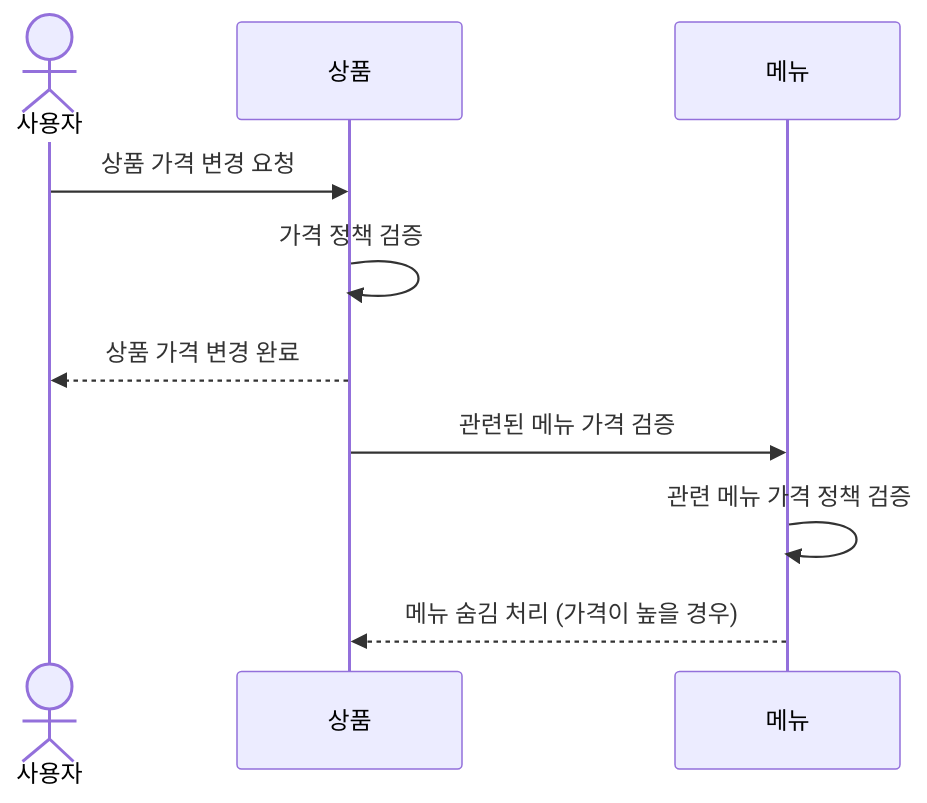
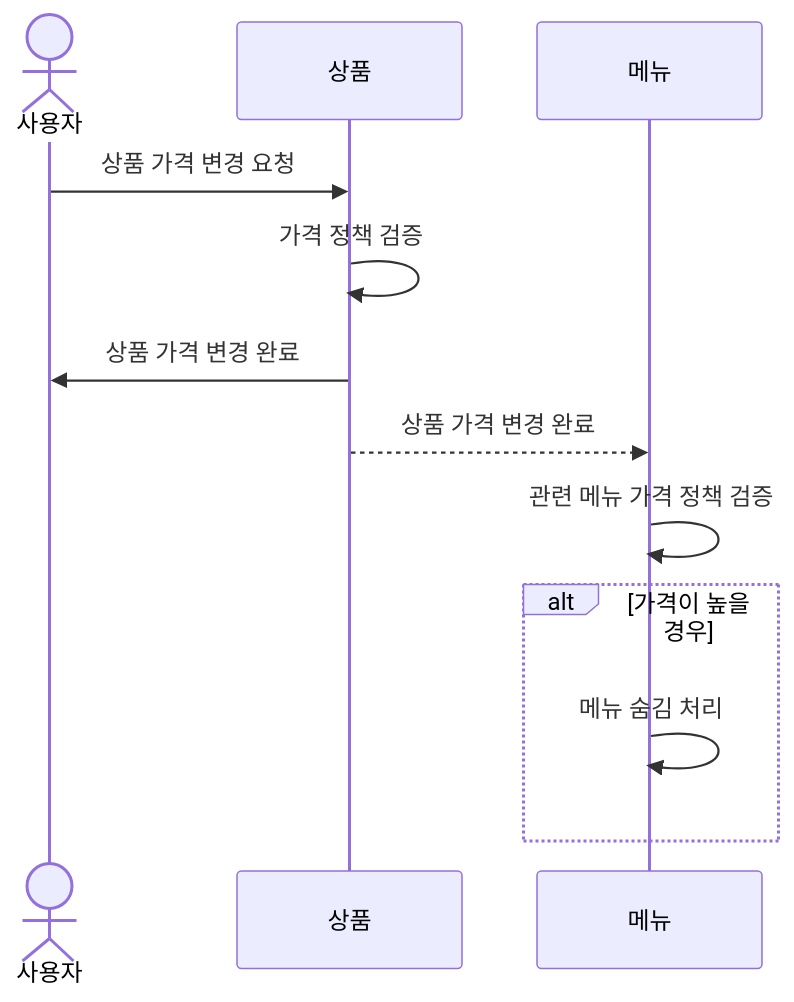
Before and after one commit to dkswnkk/ddd-strategic-design: the fourth of 22 diagrams in README.md, drawn with Mermaid. The commit also changed other lines of this file, not shown here.

````diff
--- a/README.md
+++ b/README.md
@@ -253,12 +253,14 @@
 ```mermaid
 sequenceDiagram
     actor User as 사용자
     participant Product as 상품
     participant Menu as 메뉴
     User ->> Product: 상품 가격 변경 요청
     Product ->> Product: 가격 정책 검증
-    Product -->> User: 상품 가격 변경 완료
-    Product ->> Menu: 관련된 메뉴 가격 검증
+    Product ->> User: 상품 가격 변경 완료
+    Product -->> Menu: 상품 가격 변경 완료
     Menu ->> Menu: 관련 메뉴 가격 정책 검증
-    Menu -->> Product: 메뉴 숨김 처리 (가격이 높을 경우)
+    alt 가격이 높을 경우
+        Menu ->> Menu: 메뉴 숨김 처리
+    end
 ```
````
